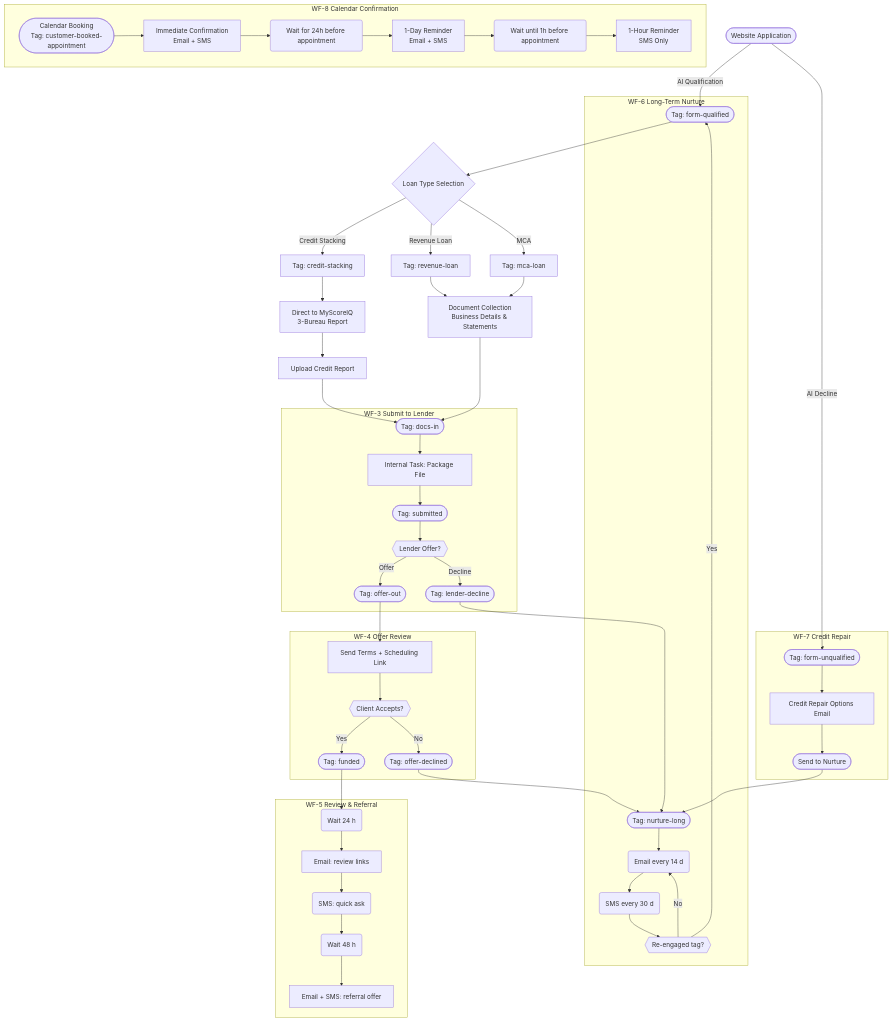
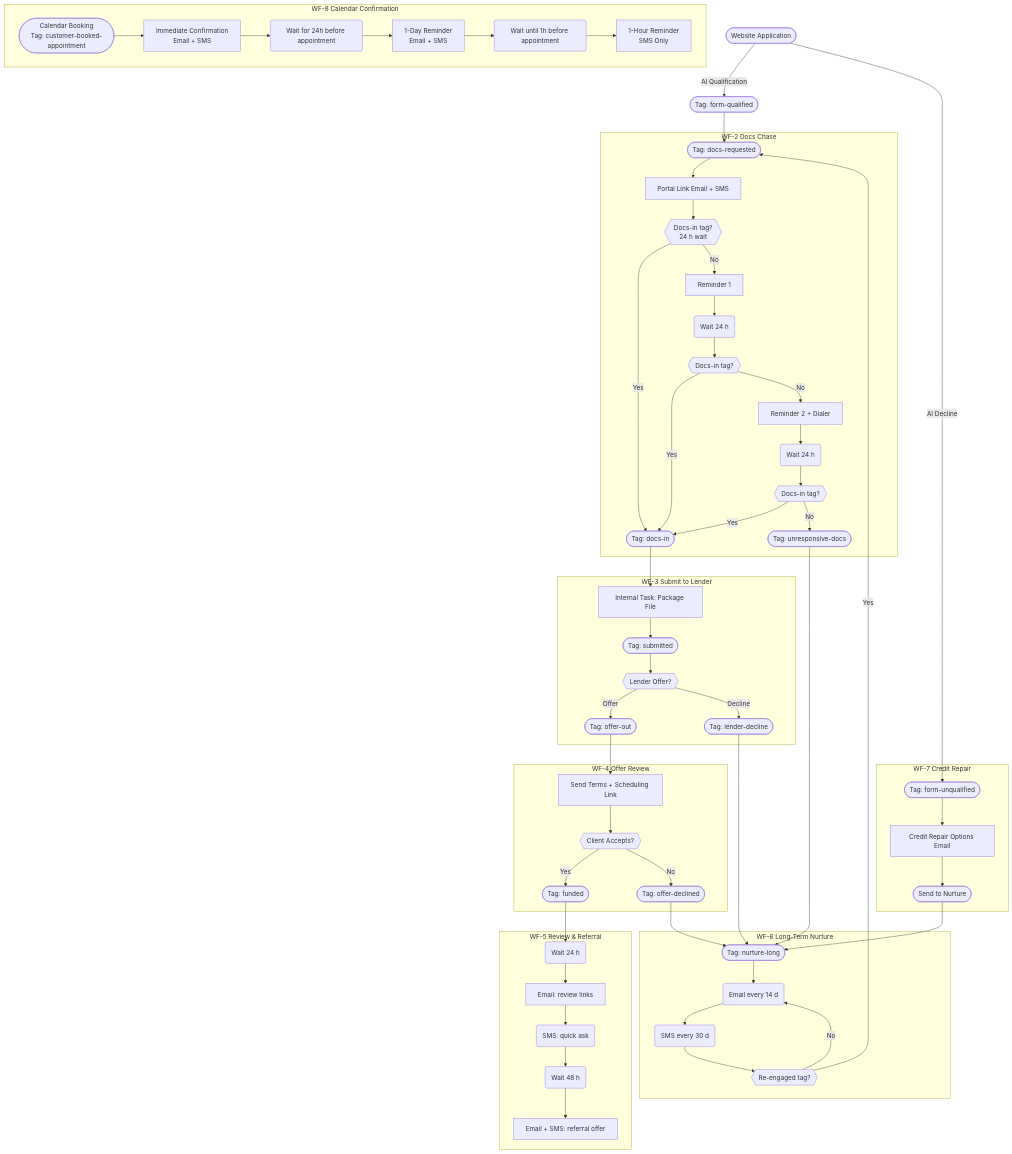
Before and after one commit to nidty719/nexli-ghl-workflows: the diagram in readme.md, drawn with Mermaid.

Commit message:
update chart for doc chase

````diff
--- a/readme.md
+++ b/readme.md
@@ -89,75 +89,78 @@
 ```mermaid
 graph TD;
     %% ---------- LEAD ENTRY POINT ----------
     Z1([Website Application])
     Z1 -->|AI Qualification| A1([Tag: form-qualified])
     Z1 -->|AI Decline| A0([Tag: form-unqualified])
     
-    %% ---------- LOAN TYPE SELECTION ----------
-    A1 --> LT{Loan Type Selection}
-    LT -->|Credit Stacking| CS[Tag: credit-stacking]
-    LT -->|Revenue Loan| RL[Tag: revenue-loan]
-    LT -->|MCA| MCA[Tag: mca-loan]
-    
-    CS --> CSP[Direct to MyScoreIQ<br/>3-Bureau Report]
-    RL --> DOC[Document Collection<br/>Business Details & Statements]
-    MCA --> DOC
-    CSP --> DOC2[Upload Credit Report]
-    DOC --> DI([Tag: docs-in])
-    DOC2 --> DI
+    %% ---------- LOAN TYPE SELECTION / INITIAL STEPS ----------
+    A1 --> A5([Tag: docs-requested])
     
     %% ---------- WF-7 CREDIT REPAIR ----------
     subgraph CreditRepair["WF-7 Credit Repair"]
         A0 --> A0a[Credit Repair Options Email]
         A0a --> A0b([Send to Nurture])
     end
     
+    %% ---------- WF-2 DOCS CHASE ----------
+    subgraph DocsChase["WF-2 Docs Chase"]
+        A5 --> B1[Portal Link Email + SMS]
+        B1 --> B2{{Docs-in tag?<br/>24 h wait}}
+        B2 -->|Yes| B8([Tag: docs-in])
+        B2 -->|No| R1[Reminder 1] --> W1(Wait 24 h) --> B3{{Docs-in tag?}}
+        B3 -->|Yes| B8
+        B3 -->|No| R2[Reminder 2 + Dialer] --> W2(Wait 24 h) --> B4{{Docs-in tag?}}
+        B4 -->|Yes| B8
+        B4 -->|No| B5([Tag: unresponsive-docs])
+    end
+
     %% ---------- WF-3 SUBMIT TO LENDER ----------
     subgraph Submit["WF-3 Submit to Lender"]
-        DI --> C1[Internal Task: Package File]
+        B8 --> C1[Internal Task: Package File]
         C1 --> C2([Tag: submitted])
         C2 --> C3{{Lender Offer?}}
         C3 -->|Offer| C4([Tag: offer-out])
         C3 -->|Decline| C5([Tag: lender-decline])
     end
 
     %% ---------- WF-4 OFFER REVIEW ----------
     subgraph OfferReview["WF-4 Offer Review"]
         C4 --> D1[Send Terms + Scheduling Link]
         D1 --> D2{{Client Accepts?}}
         D2 -->|Yes| D3([Tag: funded])
         D2 -->|No| D4([Tag: offer-declined])
     end
 
     %% ---------- WF-5 REVIEW & REFERRAL ----------
     subgraph ReviewReq["WF-5 Review & Referral"]
         D3 --> E1(Wait 24 h)
         E1 --> E2[Email: review links]
         E2 --> E3(SMS: quick ask)
         E3 --> E4(Wait 48 h)
         E4 --> E5[Email + SMS: referral offer]
     end
 
     %% ---------- WF-6 LONG-TERM NURTURE ----------
     subgraph Nurture["WF-6 Long-Term Nurture"]
         A0b --> N1([Tag: nurture-long])
+        B5 --> N1
         C5 --> N1
         D4 --> N1
         N1 --> N2(Email every 14 d)
         N2 --> N3(SMS every 30 d)
         N3 --> N4{{Re-engaged tag?}}
-        N4 -->|Yes| A1
+        N4 -->|Yes| A5
         N4 -->|No| N2
     end
     
     %% ---------- WF-8 CALENDAR CONFIRMATION FLOW ----------
     subgraph CalendarFlow["WF-8 Calendar Confirmation"]
         CAL1([Calendar Booking<br/>Tag: customer-booked-appointment])
         CAL1 --> CAL2[Immediate Confirmation<br/>Email + SMS]
         CAL2 --> CAL3(Wait for 24h before appointment)
         CAL3 --> CAL4[1-Day Reminder<br/>Email + SMS]
         CAL4 --> CAL5(Wait until 1h before appointment)
         CAL5 --> CAL6[1-Hour Reminder<br/>SMS Only]
     end
 
 ```
````
